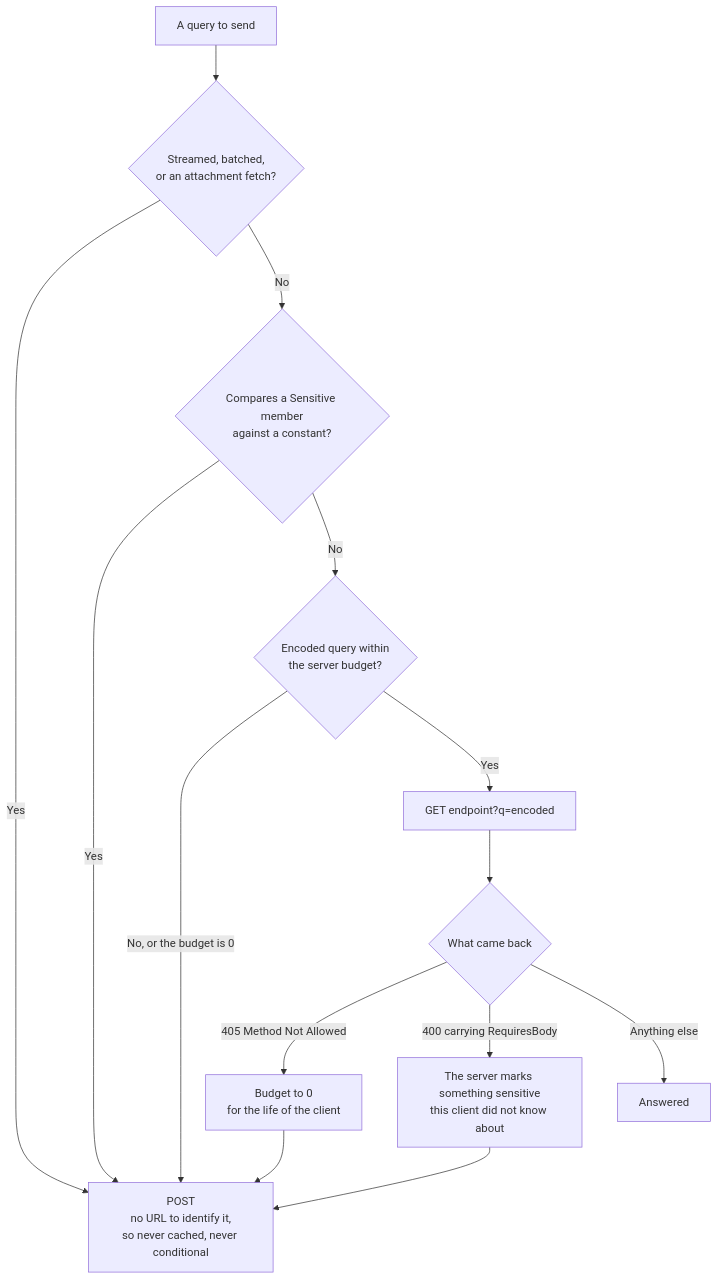
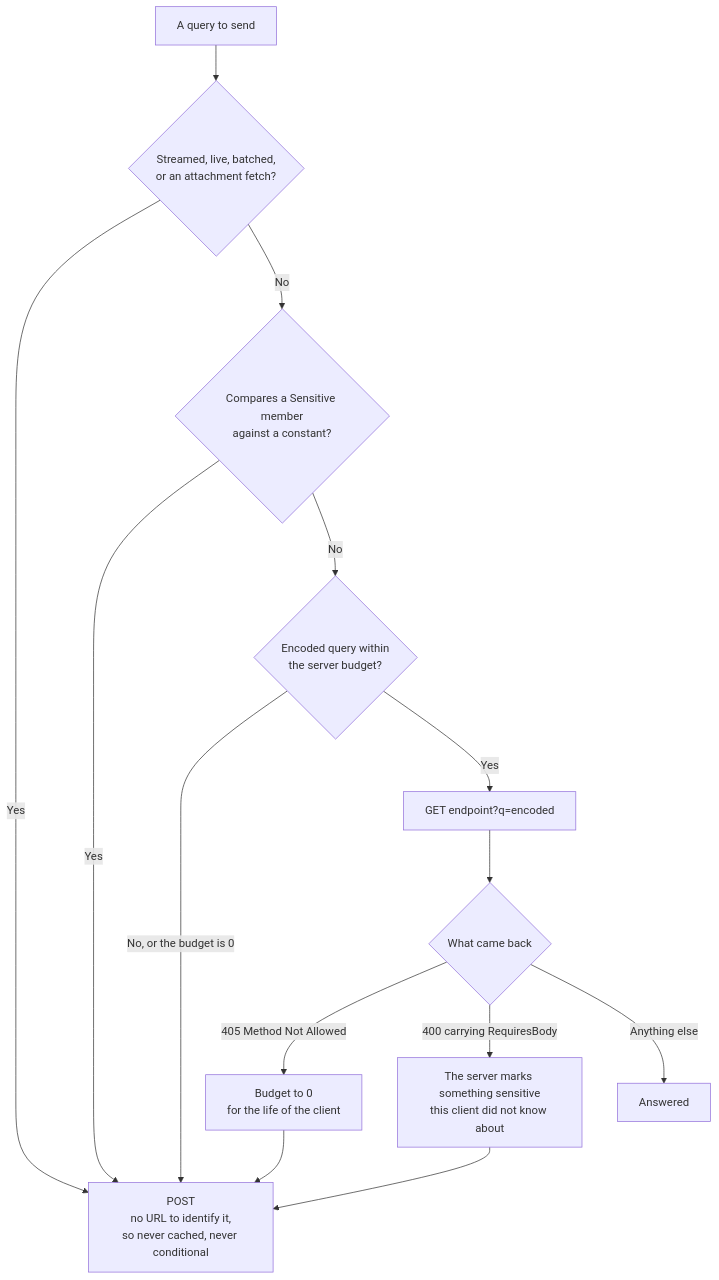
The diagram in docs/caching.md (Papyrine/Scry), drawn with Mermaid before and after one commit. The commit also changed other lines of this file and 197 other files, not shown here.

````diff
--- a/docs/caching.md
+++ b/docs/caching.md
@@ -29,16 +31,16 @@
 ```mermaid
 flowchart TD
-    Q[A query to send] --> T{"Streamed, batched,<br/>or an attachment fetch?"}
+    Q[A query to send] --> T{"Streamed, live, batched,<br/>or an attachment fetch?"}
     T -- Yes --> P["POST<br/>no URL to identify it,<br/>so never cached, never conditional"]
     T -- No --> S{"Compares a Sensitive member<br/>against a constant?"}
     S -- Yes --> P
     S -- No --> L{"Encoded query within<br/>the server budget?"}
     L -- "No, or the budget is 0" --> P
     L -- Yes --> G["GET endpoint?q=encoded"]
     G --> R{What came back}
     R -- "405 Method Not Allowed" --> Z[Budget to 0<br/>for the life of the client]
     R -- "400 carrying RequiresBody" --> Y["The server marks something sensitive<br/>this client did not know about"]
     Z --> P
     Y --> P
     R -- Anything else --> D[Answered]
 ```
````
